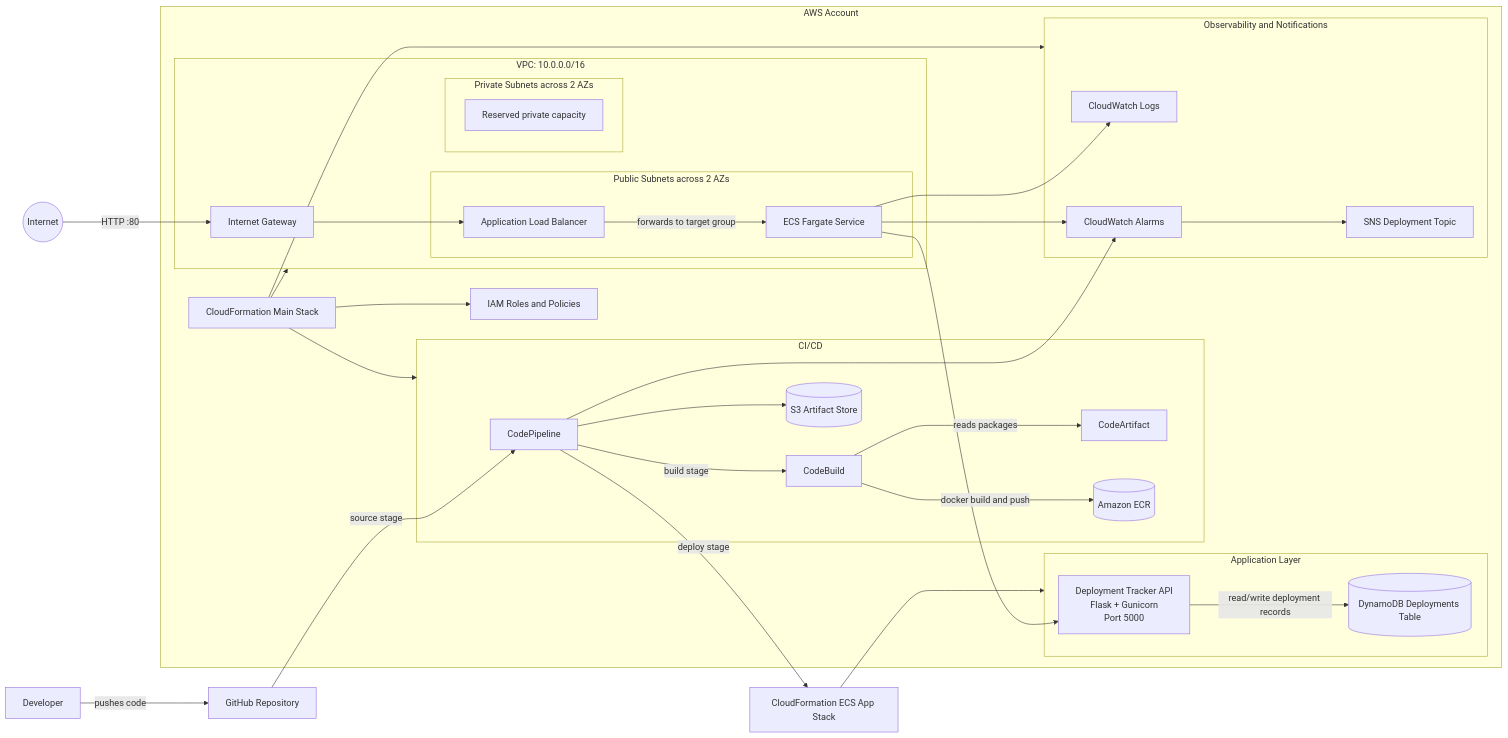
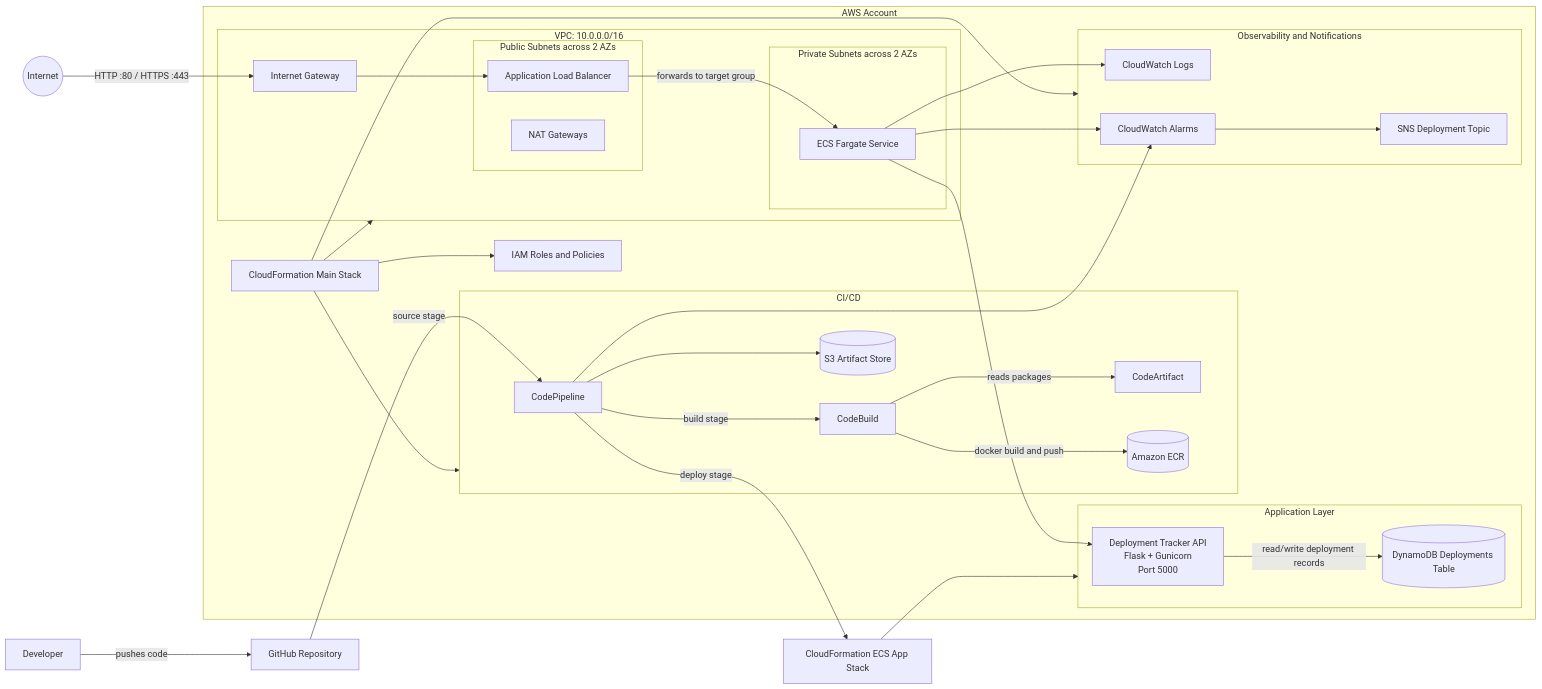
Before and after one commit to dhamsey3/pipelineforge-aws-devops-platform: the diagram in pipelineforge/README.md, drawn with Mermaid. The commit also changed other lines of this file and 14 other files, not shown here.

````diff
--- a/pipelineforge/README.md
+++ b/pipelineforge/README.md
@@ -44,63 +45,63 @@
 ```mermaid
 flowchart LR
   Developer[Developer] -->|pushes code| GitHub[GitHub Repository]
 
   subgraph AWS[AWS Account]
     MainStack[CloudFormation Main Stack]
 
     subgraph CICD[CI/CD]
       Pipeline[CodePipeline]
       Build[CodeBuild]
       Artifacts[(S3 Artifact Store)]
       Packages[CodeArtifact]
       Images[(Amazon ECR)]
     end
 
     subgraph Network[VPC: 10.0.0.0/16]
       IGW[Internet Gateway]
       subgraph PublicSubnets[Public Subnets across 2 AZs]
         ALB[Application Load Balancer]
-        ECS[ECS Fargate Service]
+        NAT[NAT Gateways]
       end
       subgraph PrivateSubnets[Private Subnets across 2 AZs]
-        PrivateCapacity[Reserved private capacity]
+        ECS[ECS Fargate Service]
       end
     end
 
     subgraph AppLayer[Application Layer]
       Task[Deployment Tracker API<br/>Flask + Gunicorn<br/>Port 5000]
       DynamoDB[(DynamoDB Deployments Table)]
     end
 
     subgraph Observability[Observability and Notifications]
       Logs[CloudWatch Logs]
       Alarms[CloudWatch Alarms]
       SNS[SNS Deployment Topic]
     end
 
     IAM[IAM Roles and Policies]
   end
 
   GitHub -->|source stage| Pipeline
   Pipeline --> Artifacts
   Pipeline -->|build stage| Build
   Build -->|reads packages| Packages
   Build -->|docker build and push| Images
   Pipeline -->|deploy stage| AppStack[CloudFormation ECS App Stack]
 
   MainStack --> IAM
   MainStack --> Network
   MainStack --> CICD
   AppStack --> AppLayer
   MainStack --> Observability
 
-  Internet((Internet)) -->|HTTP :80| IGW
+  Internet((Internet)) -->|HTTP :80 / HTTPS :443| IGW
   IGW --> ALB
   ALB -->|forwards to target group| ECS
   ECS --> Task
   Task -->|read/write deployment records| DynamoDB
   ECS --> Logs
   Pipeline --> Alarms
   ECS --> Alarms
   Alarms --> SNS
 ```
````
